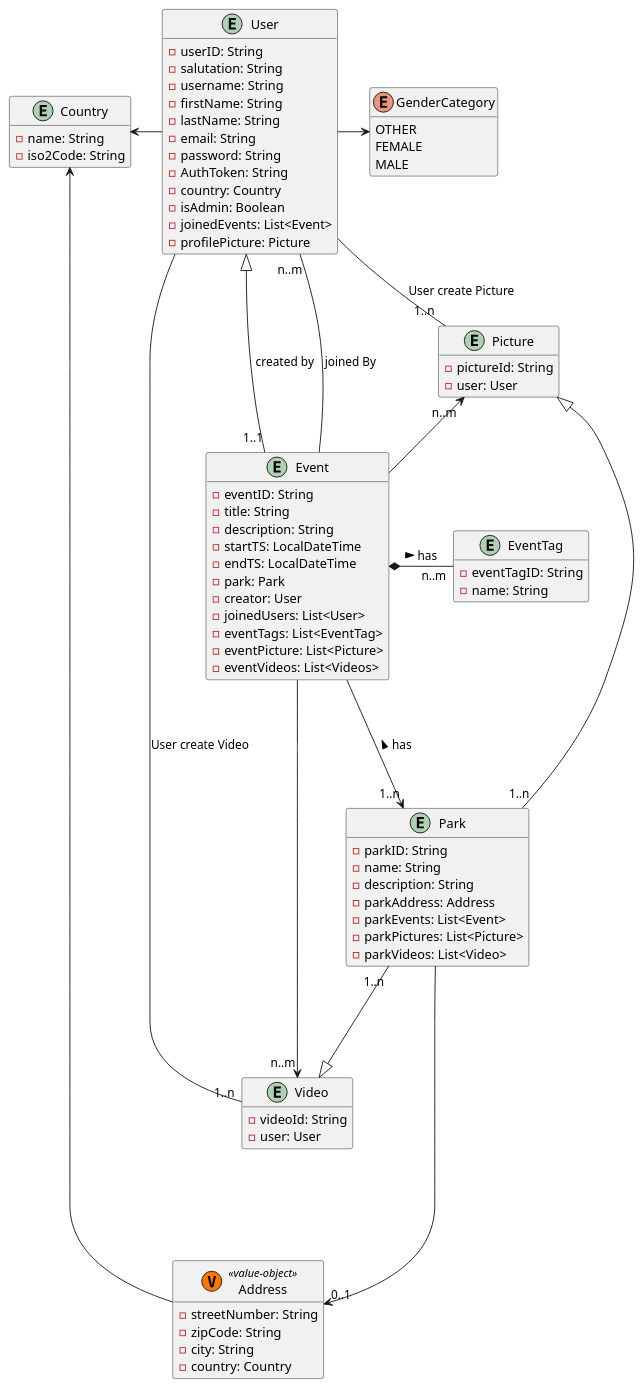
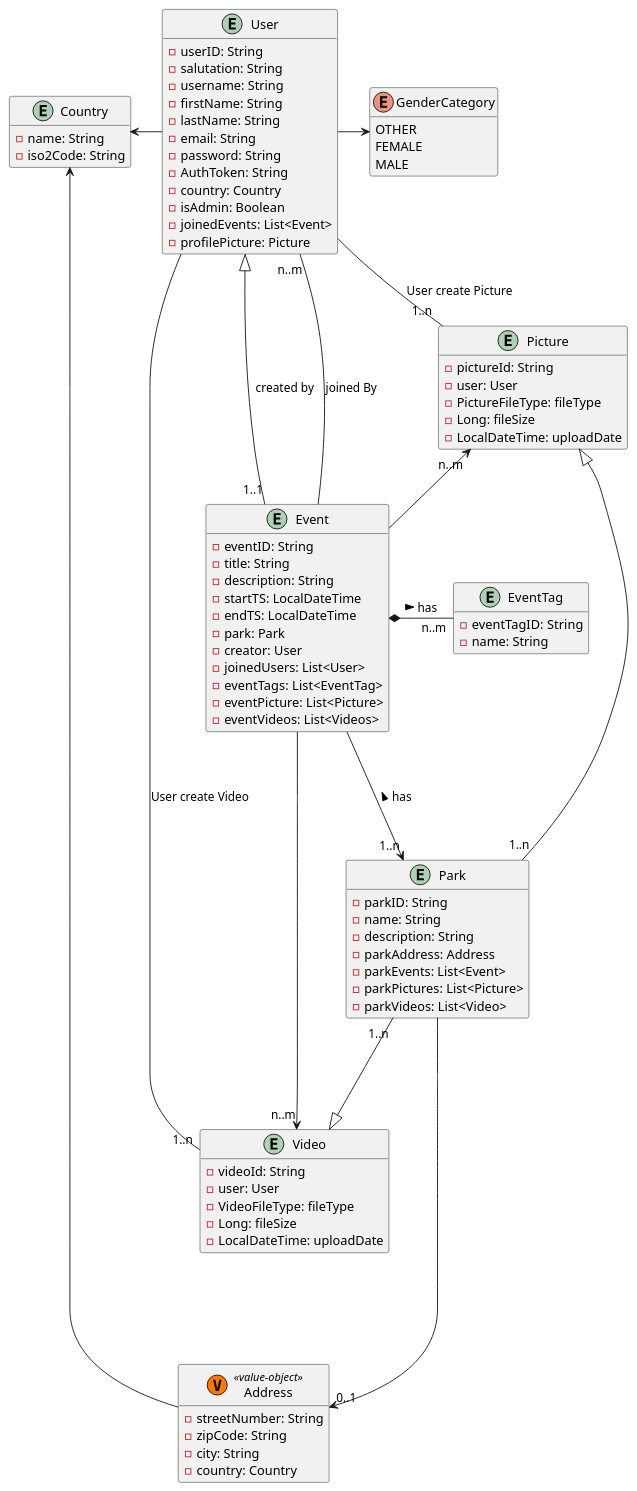
Before and after one commit to Lucaww23e013/ParkPal_Backend: the diagram in uml/domain.puml, drawn with PlantUML. The commit also changed 13 other files, not shown here.

```diff
--- a/uml/domain.puml
+++ b/uml/domain.puml
@@ -1,93 +1,103 @@
 @startuml
 'https://plantuml.com/class-diagram
 
 hide empty methods
 
 entity User {
     - userID: String
     - salutation: String
     - username: String
     - firstName: String
     - lastName: String
     - email: String
     - password: String
     - AuthToken: String
     - country: Country
     - isAdmin: Boolean
     - joinedEvents: List<Event>
     - profilePicture: Picture
 }
 
 enum GenderCategory {
     OTHER
     FEMALE
     MALE
 }
 
 entity Event {
     - eventID: String
     - title: String
     - description: String
     - startTS: LocalDateTime
     - endTS: LocalDateTime
     - park: Park
     - creator: User
     - joinedUsers: List<User>
     - eventTags: List<EventTag>
     - eventPicture: List<Picture>
     - eventVideos: List<Videos>
 }
 
 entity EventTag {
     - eventTagID: String
     - name: String
 }
 
 entity Picture {
     - pictureId: String
     - user: User
+    - PictureFileType: fileType
+    - Long: fileSize
+    - LocalDateTime: uploadDate
 }
 
 entity Video {
     - videoId: String
     - user: User
+    - VideoFileType: fileType
+    - Long: fileSize
+    - LocalDateTime: uploadDate
 }
 
 entity Park {
     - parkID: String
     - name: String
     - description: String
     - parkAddress: Address
     - parkEvents: List<Event>
     - parkPictures: List<Picture>
     - parkVideos: List<Video>
 }
 
 class Address <<(V, #FF7700) value-object>> {
     - streetNumber: String
     - zipCode: String
     - city: String
     - country: Country
 }
 
 entity Country {
     - name: String
     - iso2Code: String
 }
 
+
+
+
 Event "1..1" --|> User : created by
 Event ---> "1..n" Park : has <
 Event -- "n..m" User : joined By
 EventTag "n..m" -left-* Event : has <
 Picture "n..m" <-- Event
 Video "n..m" <-left- Event
 User -- "1..n" Picture  : User create Picture
 Park "1..n" --|> Picture
 User -- "1..n" Video  : User create Video
 Park "1..n" ---|> Video
 User -left-> Country
 Address --> Country
 Park -----> "0..1" Address
 User -> GenderCategory
 
+
 @enduml
```
